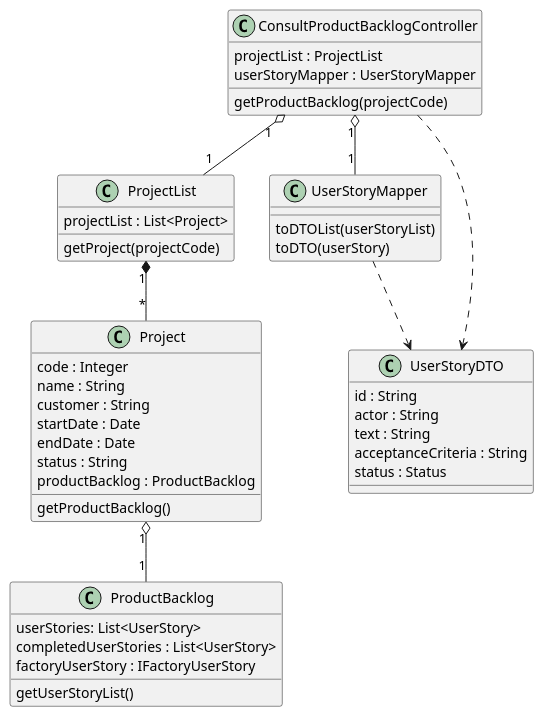
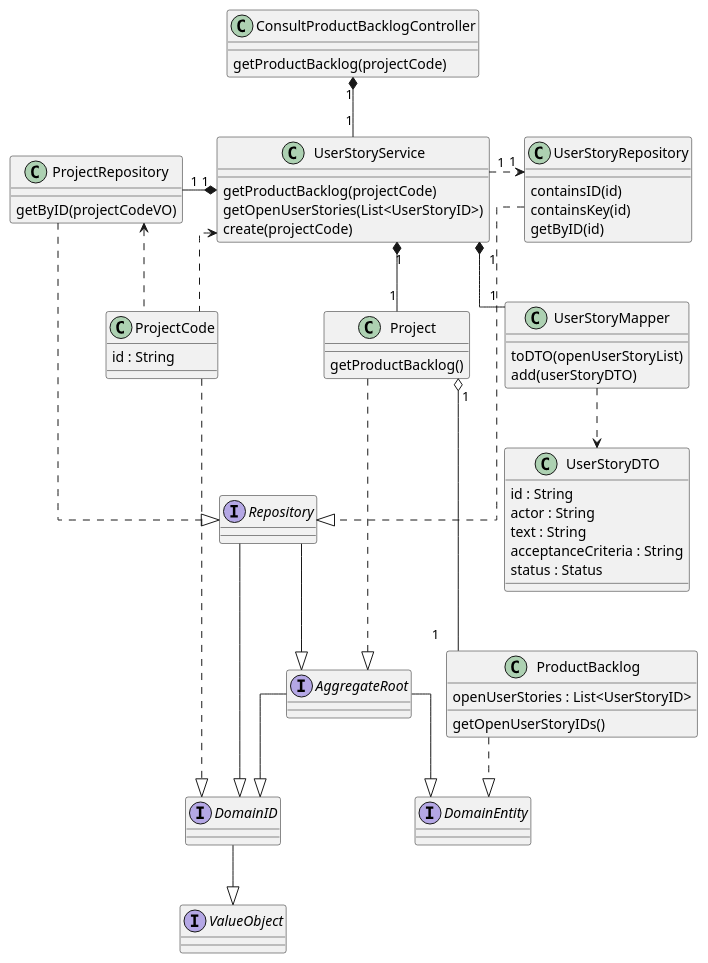
One commit to ivo-menezes/project_g3 changed the diagram in docs/modelling_design/user_stories/us018/old/US018_ConsultProductBacklogCD.puml. Above: the diagram before and after it, drawn with PlantUML. The commit also changed 4 other files, not shown here.

```diff
--- a/docs/modelling_design/user_stories/us018/old/US018_ConsultProductBacklogCD.puml
+++ b/docs/modelling_design/user_stories/us018/old/US018_ConsultProductBacklogCD.puml
@@ -1,53 +1,85 @@
 @startuml
+skinparam linetype ortho
 
 class ConsultProductBacklogController {
-projectList : ProjectList
-userStoryMapper : UserStoryMapper
 getProductBacklog(projectCode)
 }
 
-class ProjectList {
-projectList : List<Project>
-getProject(projectCode)
+class UserStoryService {
+getProductBacklog(projectCode)
+getOpenUserStories(List<UserStoryID>)
+create(projectCode)
 }
 
-class Project {
-code : Integer
-name : String
-customer : String
-startDate : Date
-endDate : Date
-status : String
-productBacklog : ProductBacklog
+class UserStoryRepository {
+containsID(id)
+containsKey(id)
+getByID(id)
+}
+
+class ProjectRepository {
+getByID(projectCodeVO)
+}
+
+class Project{
 getProductBacklog()
 }
 
 class ProductBacklog {
-userStories: List<UserStory>
-completedUserStories : List<UserStory>
-factoryUserStory : IFactoryUserStory
-getUserStoryList()
+openUserStories : List<UserStoryID>
+getOpenUserStoryIDs()
+}
+
+class ProjectCode {
+id : String
 }
 
 class UserStoryMapper{
-toDTOList(userStoryList)
-toDTO(userStory)
+toDTO(openUserStoryList)
+add(userStoryDTO)
 }
 
 class UserStoryDTO {
 id : String
 actor : String
 text : String
 acceptanceCriteria : String
 status : Status
 }
 
+interface ValueObject {
+}
 
-ConsultProductBacklogController "1 " o-- "1" ProjectList
-ProjectList "1" *-- "*" Project
+interface DomainID {
+}
+
+interface Repository {
+}
+
+interface AggregateRoot {
+}
+
+interface DomainEntity {
+}
+
+ConsultProductBacklogController "1" *-- "1" UserStoryService
+UserStoryService "1" *-left- "1" ProjectRepository
+UserStoryService "1" *-- "1" UserStoryMapper
 Project "1" o-- "1" ProductBacklog
-ConsultProductBacklogController "1" o-- "1" UserStoryMapper
-ConsultProductBacklogController ..> UserStoryDTO
+UserStoryService "1" *-- "1" Project
 UserStoryMapper ..> UserStoryDTO
+UserStoryService "1" .right.> "1" UserStoryRepository
+UserStoryRepository -..|> Repository
+ProjectCode .up.> ProjectRepository
+ProjectCode .up.> UserStoryService
+ProjectRepository -..|> Repository
+ProjectCode -.down.|> DomainID
+Project -..|> AggregateRoot
+DomainID --|> ValueObject
+ProductBacklog ..|> DomainEntity
+Repository --|> DomainID
+Repository --|> AggregateRoot
+AggregateRoot --|> DomainID
+AggregateRoot --|> DomainEntity
 
 @enduml
```
